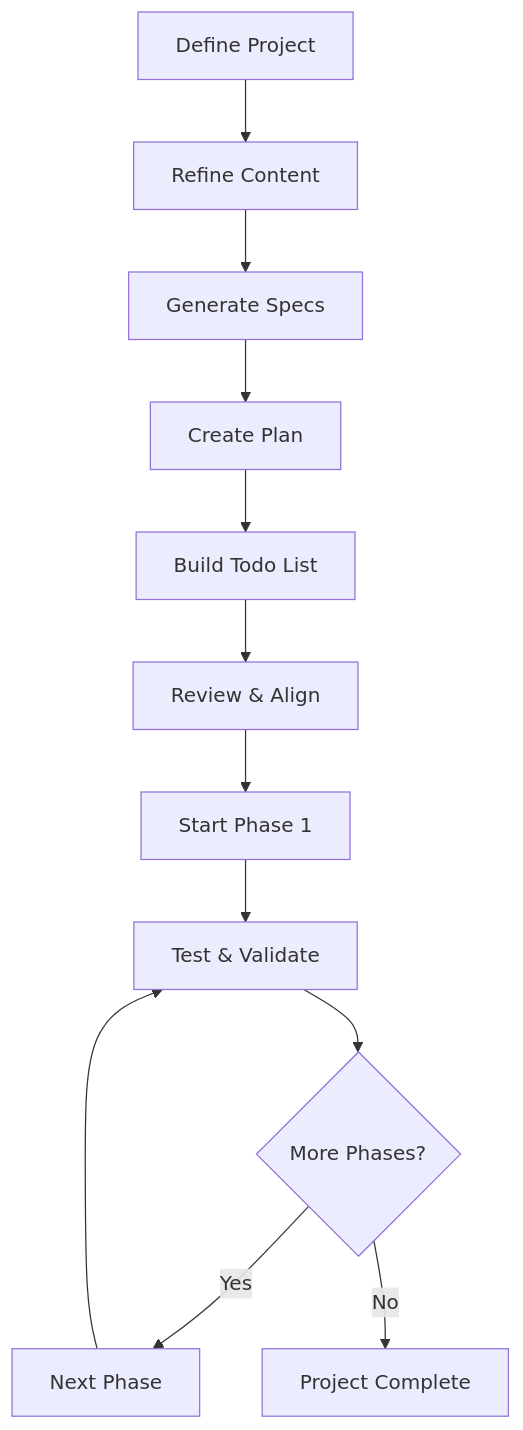
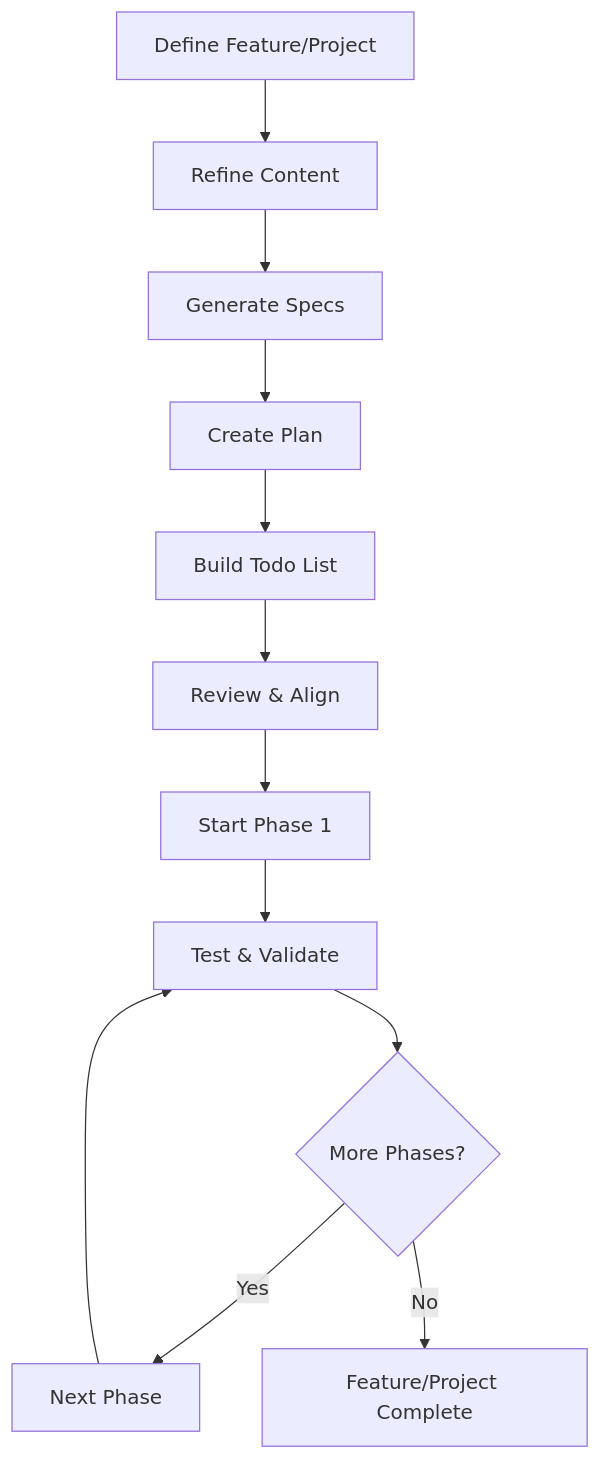
One commit to eivindeb/platform_ai changed the diagram in spec_driven_dev_guide.md. Above: the diagram before and after it, drawn with Mermaid.

Commit message:
Added spec-driven-developement

````diff
--- a/spec_driven_dev_guide.md
+++ b/spec_driven_dev_guide.md
@@ -107,14 +107,14 @@
 ```mermaid
 graph TD
-    A[Define Project] --> B[Refine Content]
+    A[Define Feature/Project] --> B[Refine Content]
     B --> C[Generate Specs]
     C --> D[Create Plan]
     D --> E[Build Todo List]
     E --> F[Review & Align]
     F --> G[Start Phase 1]
     G --> H[Test & Validate]
     H --> I{More Phases?}
     I -->|Yes| J[Next Phase]
-    I -->|No| K[Project Complete]
+    I -->|No| K[Feature/Project Complete]
     J --> H
 ```
````
